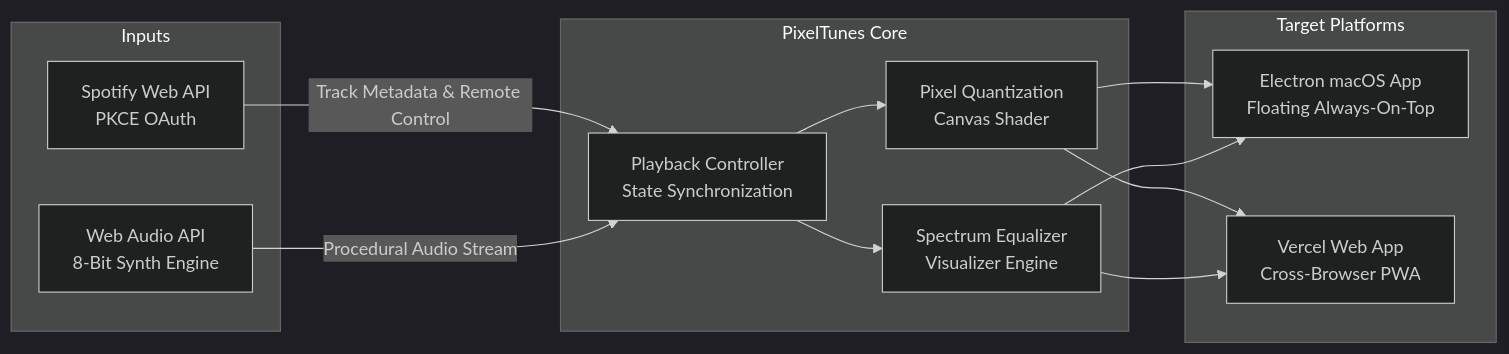
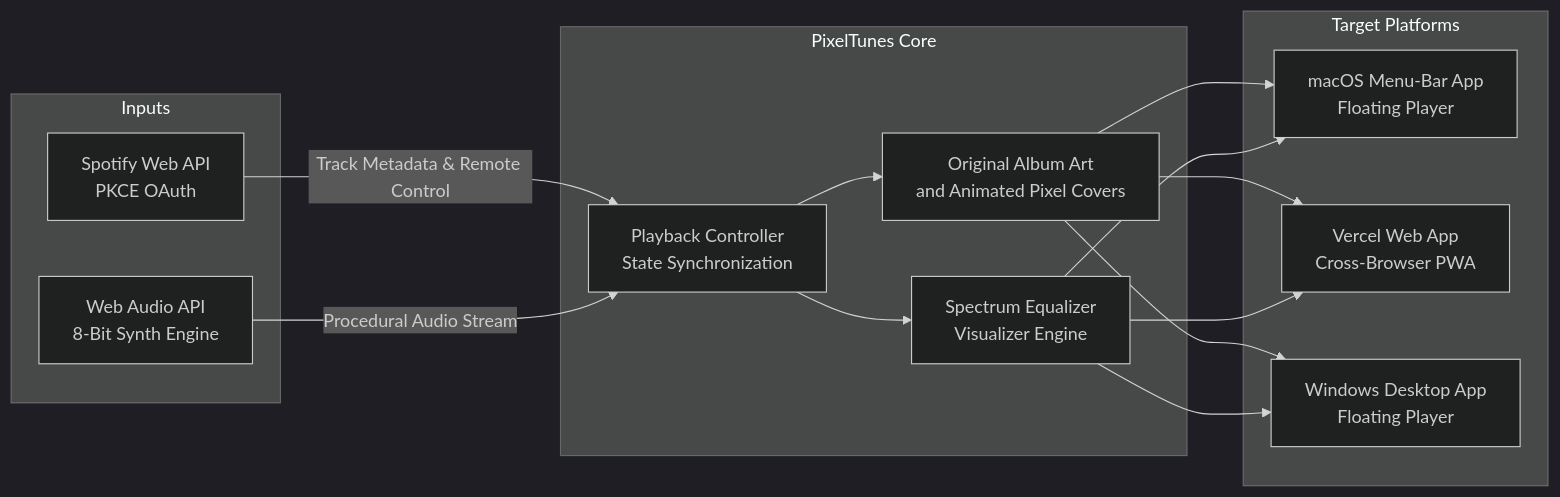
Before and after one commit to Mxhi-04/Pixeltunes: the diagram in README.md, drawn with Mermaid (dark theme). The commit also changed other lines of this file and 55 other files, not shown here.

````diff
--- a/README.md
+++ b/README.md
@@ -81,25 +46,26 @@
 ```mermaid
 flowchart LR
   subgraph Inputs
     A[Spotify Web API<br/>PKCE OAuth]
     B[Web Audio API<br/>8-Bit Synth Engine]
   end
 
   subgraph Core[PixelTunes Core]
     C[Playback Controller<br/>State Synchronization]
-    D[Pixel Quantization<br/>Canvas Shader]
+    D[Original Album Art<br/>and Animated Pixel Covers]
     E[Spectrum Equalizer<br/>Visualizer Engine]
   end
 
   subgraph Platforms[Target Platforms]
-    F[Electron macOS App<br/>Floating Always-On-Top]
+    F[macOS Menu-Bar App<br/>Floating Player]
     G[Vercel Web App<br/>Cross-Browser PWA]
+    H[Windows Desktop App<br/>Floating Player]
   end
 
   A -->|Track Metadata &amp; Remote Control| C
   B -->|Procedural Audio Stream| C
   C --> D
   C --> E
-  D --> F & G
-  E --> F & G
+  D --> F & G & H
+  E --> F & G & H
 ```
````
